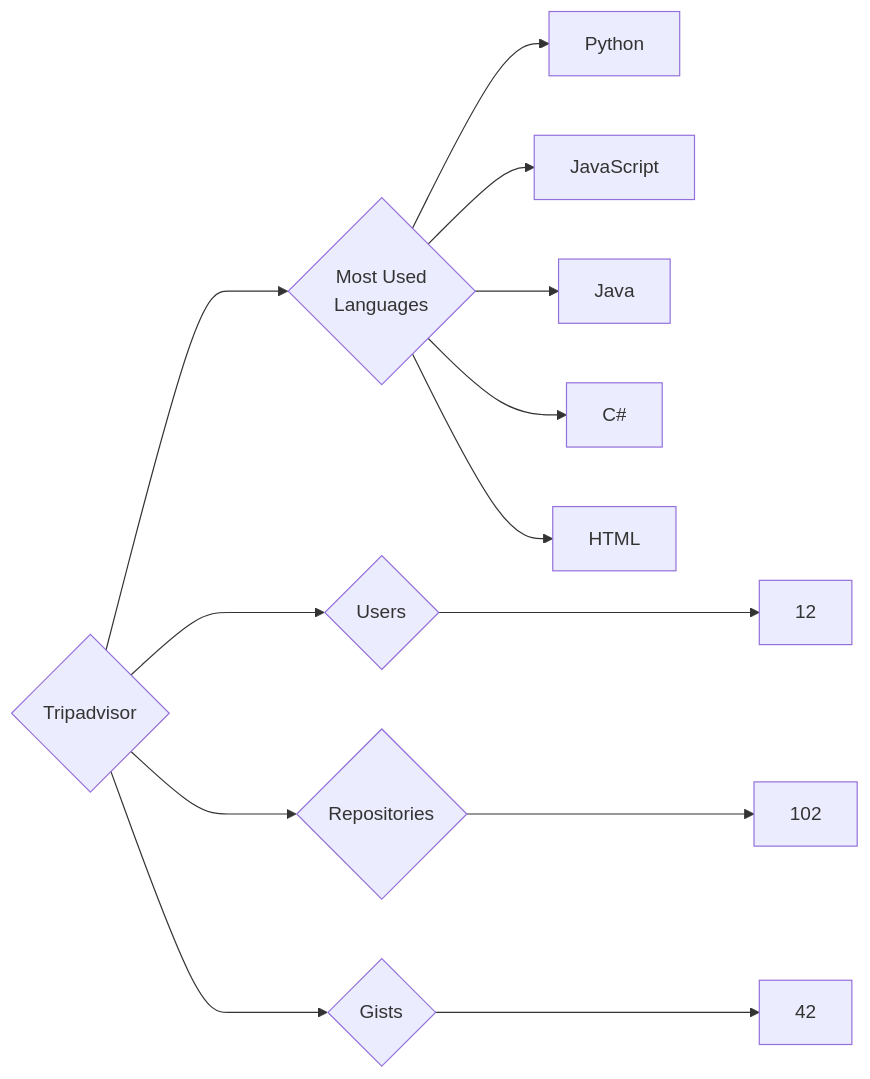
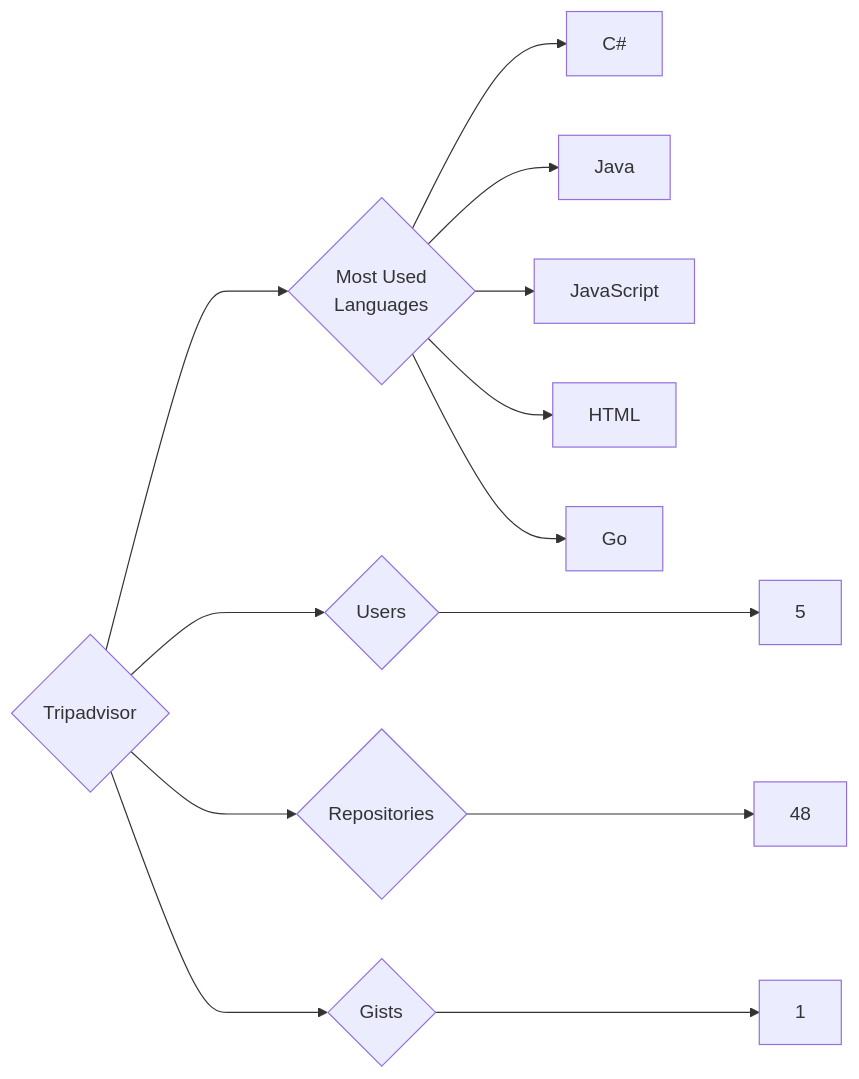
Before and after one commit to trickest/insiders: the diagram in targets/Tripadvisor/README.md, drawn with Mermaid. The commit also changed 920 other files, not shown here.

````diff
--- a/targets/Tripadvisor/README.md
+++ b/targets/Tripadvisor/README.md
@@ -3,13 +3,13 @@
 ```mermaid
 graph LR
 COMPANY_NAME{Tripadvisor}
-COMPANY_NAME ---> U{Users} ---> UN[12]
-COMPANY_NAME ---> R{Repositories} ---> RN[102]
-COMPANY_NAME ---> G{Gists} ---> GN[42]
+COMPANY_NAME ---> U{Users} ---> UN[5]
+COMPANY_NAME ---> R{Repositories} ---> RN[48]
+COMPANY_NAME ---> G{Gists} ---> GN[1]
 COMPANY_NAME ---> ML{Most Used<br>Languages}
-ML --> Python[Python]
+ML --> C#[C#]
+ML --> Java[Java]
 ML --> JavaScript[JavaScript]
-ML --> Java[Java]
-ML --> C#[C#]
 ML --> HTML[HTML]
+ML --> Go[Go]
 ```
````
